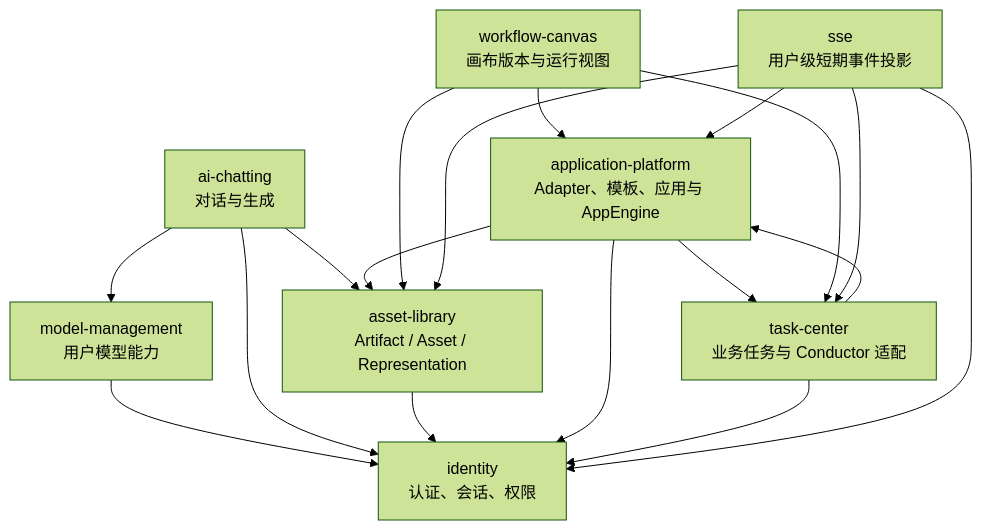
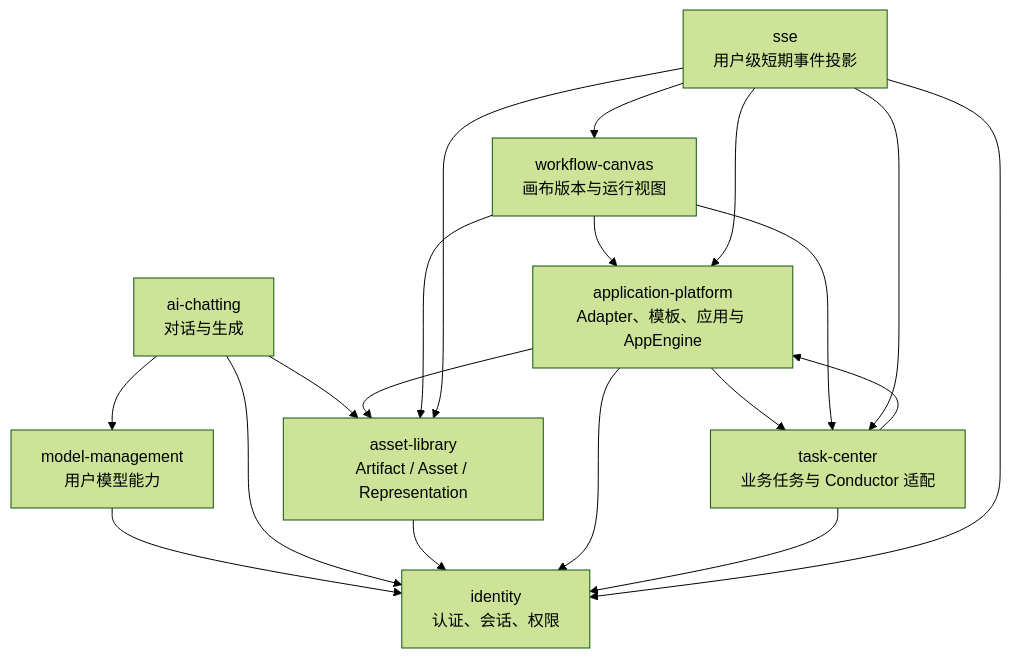
Before and after one commit to wangweihong/omnimam-spec: the first of 3 diagrams in 02_architecture/global-architecture.md, drawn with Mermaid (forest theme). The commit also changed other lines of this file and 14 other files, not shown here.

````diff
--- a/02_architecture/global-architecture.md
+++ b/02_architecture/global-architecture.md
@@ -26,30 +26,31 @@
 ```mermaid
 graph TD
   Identity["identity<br/>认证、会话、权限"]
   Model["model-management<br/>用户模型能力"]
   Chat["ai-chatting<br/>对话与生成"]
   Asset["asset-library<br/>Artifact / Asset / Representation"]
   App["application-platform<br/>Adapter、模板、应用与 AppEngine"]
   Task["task-center<br/>业务任务与 Conductor 适配"]
   Canvas["workflow-canvas<br/>画布版本与运行视图"]
   SSE["sse<br/>用户级短期事件投影"]
 
   Chat --> Model
   Chat --> Asset
   App --> Task
   App --> Asset
   Task --> App
   Canvas --> Task
   Canvas --> App
   Canvas --> Asset
   SSE --> Task
   SSE --> App
   SSE --> Asset
+  SSE --> Canvas
 
   Model --> Identity
   Chat --> Identity
   Asset --> Identity
   App --> Identity
   Task --> Identity
   SSE --> Identity
 ```
````
